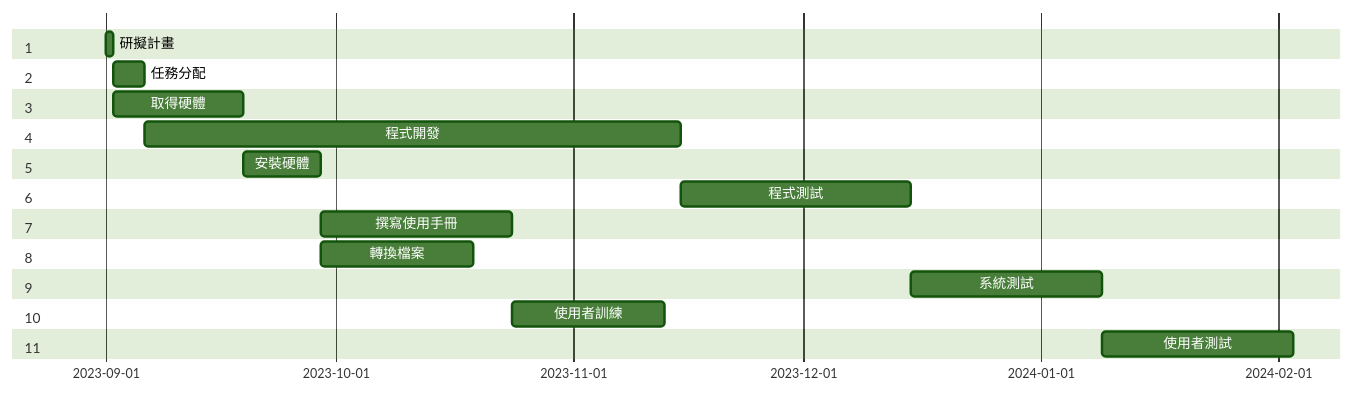
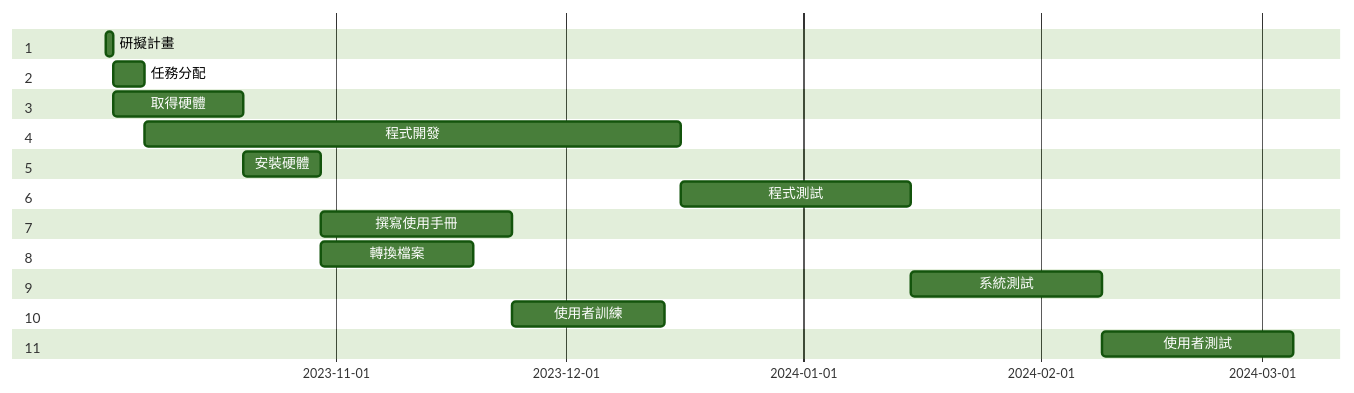
One commit to NKUSTC110118148/W2-HW01 changed the diagram in hw2.md. Above: the diagram before and after it, drawn with Mermaid (forest theme).

````diff
--- a/hw2.md
+++ b/hw2.md
@@ -3,25 +3,25 @@
 ```mermaid
 gantt
     section 1
-    研擬計畫      :a1, 2023-09-01, 1d
+    研擬計畫      :a1, 2023-10-02, 1d
     section 2
     任務分配      :a2, after a1, 4d
     section 3
     取得硬體      :a3, after a1, 17d
     section 4
     程式開發      :a4, after a2, 70d
     section 5
     安裝硬體      :a5, after a3, 10d
     section 6
     程式測試      :a6, after a4, 30d
     section 7
     撰寫使用手冊  :a7, after a5, 25d
     section 8
     轉換檔案      :a8, after a5, 20d
     section 9
     系統測試      :a9, after a6, 25d
     section 10
     使用者訓練    :a10, after a7, 20d
     section 11
     使用者測試    :a11, after a9, 25d
 ```
````
